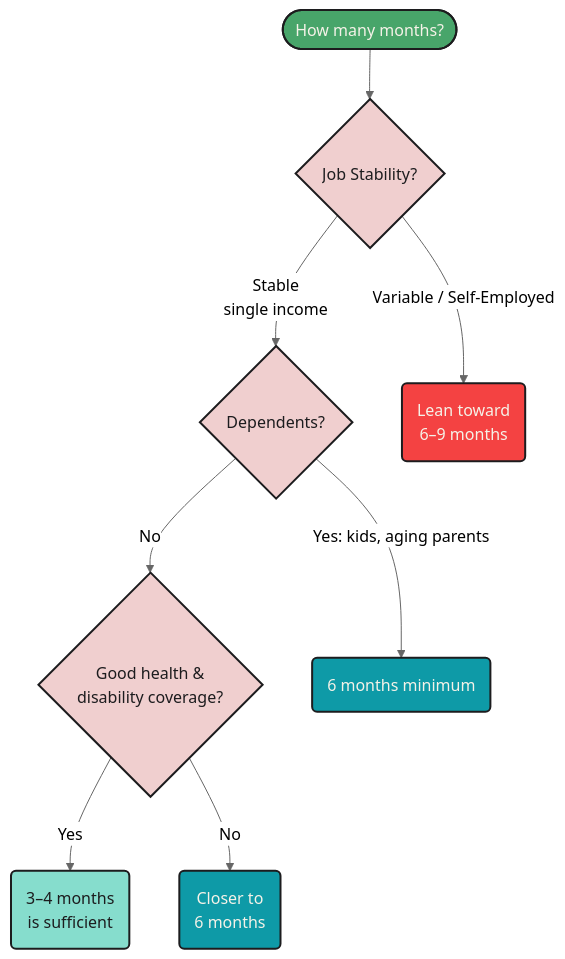
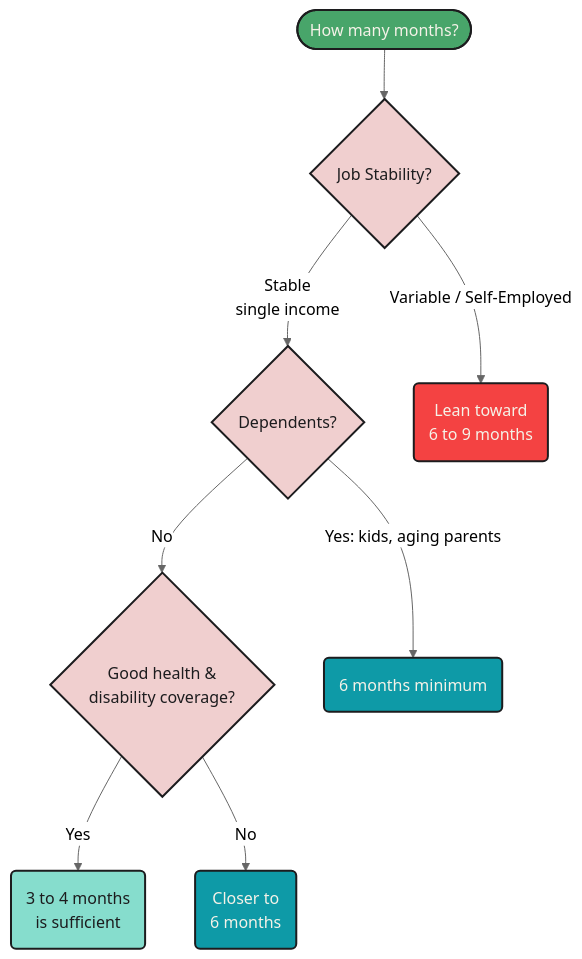
Before and after one commit to mjfrigaard/fm-finance: the second of 5 diagrams in emergency_fund.qmd, drawn with Mermaid. The commit also changed other lines of this file and 22 other files, not shown here.

````diff
--- a/emergency_fund.qmd
+++ b/emergency_fund.qmd
@@ -81,22 +99,22 @@
 ```{mermaid}
 %%| fig-cap: 'How Many Months Do You Need?'
 %%| fig-align: center
 %%{init: {'theme': 'neutral', 'themeVariables': { 'fontFamily': 'monospace', "darkMode":false, "fontSize":"16px"}}}%%
 
 flowchart TD
     Start(["How many months?"]) --> Job{"Job Stability?"}
     Job -->|"Stable<br>single income"| Dep{"Dependents?"}
-    Job -->|"Variable / Self-Employed"| More("Lean toward<br>6–9 months")
+    Job -->|"Variable / Self-Employed"| More("Lean toward<br>6 to 9 months")
     Dep -->|"No"| Insure{"Good health &<br>disability coverage?"}
     Dep -->|"Yes: kids, aging parents"| SixPlus("6 months minimum")
-    Insure -->|"Yes"| ThreeToSix("3–4 months<br>is sufficient")
+    Insure -->|"Yes"| ThreeToSix("3 to 4 months<br>is sufficient")
     Insure -->|"No"| SixMonths("Closer to<br>6 months")
     style Start fill:#48a56a,color:#F5F2E8,stroke:#1C1C1E,stroke-width:2px
     style Job fill:#f0cfcf,color:#1C1C1E,stroke:#1C1C1E,stroke-width:2px
     style More fill:#f44242,color:#F5F2E8,stroke:#1C1C1E,stroke-width:2px
     style Dep fill:#f0cfcf,color:#1C1C1E,stroke:#1C1C1E,stroke-width:2px
     style SixPlus fill:#0e9aa7,color:#F5F2E8,stroke:#1C1C1E,stroke-width:2px
     style Insure fill:#f0cfcf,color:#1C1C1E,stroke:#1C1C1E,stroke-width:2px
     style ThreeToSix fill:#86ddcd,color:#1C1C1E,stroke:#1C1C1E,stroke-width:2px
     style SixMonths fill:#0e9aa7,color:#F5F2E8,stroke:#1C1C1E,stroke-width:2px
 ```
````
